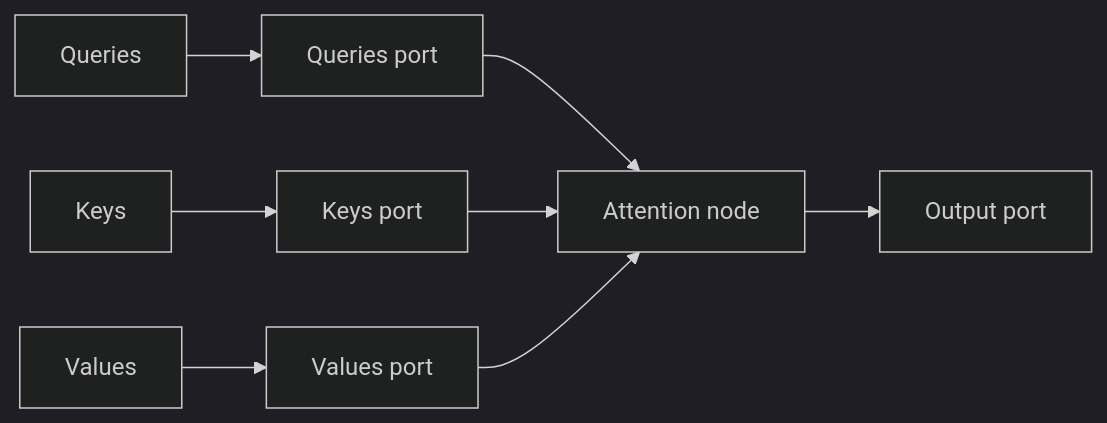
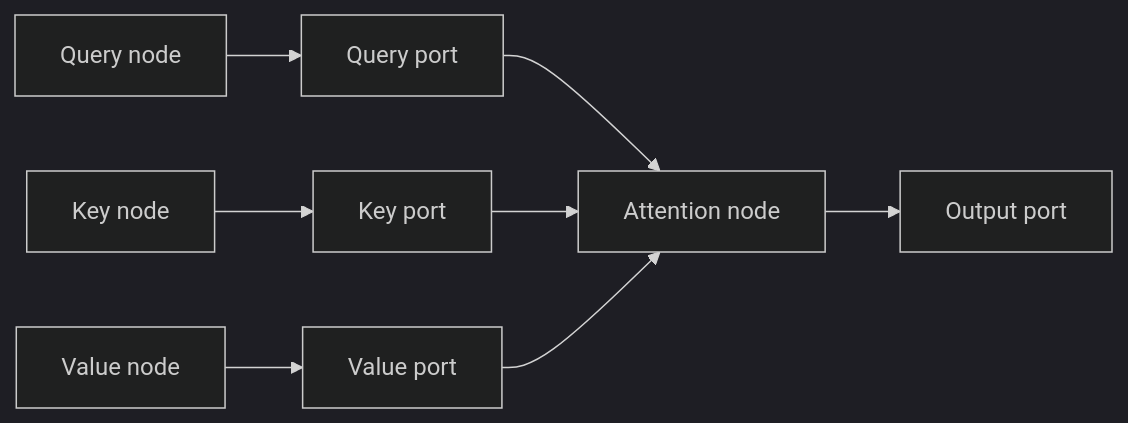
One commit to skasti/skyn-vaettr changed the third of 3 diagrams in docs/topology.md. Above: the diagram before and after it, drawn with Mermaid (dark theme). The commit also changed other lines of this file and 3 other files, not shown here.

````diff
--- a/docs/topology.md
+++ b/docs/topology.md
@@ -130,11 +105,11 @@
 ```mermaid
 flowchart LR
-    Q[Queries] --> QR[Queries port] 
-    K[Keys] --> KR[Keys port] 
-    V[Values] --> VR[Values port]
+    Q[Query node] --> QR[Query port]
+    K[Key node] --> KR[Key port]
+    V[Value node] --> VR[Value port]
     QR --> ATT[Attention node]
     KR --> ATT
     VR --> ATT
 
     ATT --> OUT[Output port]
 ```
````
